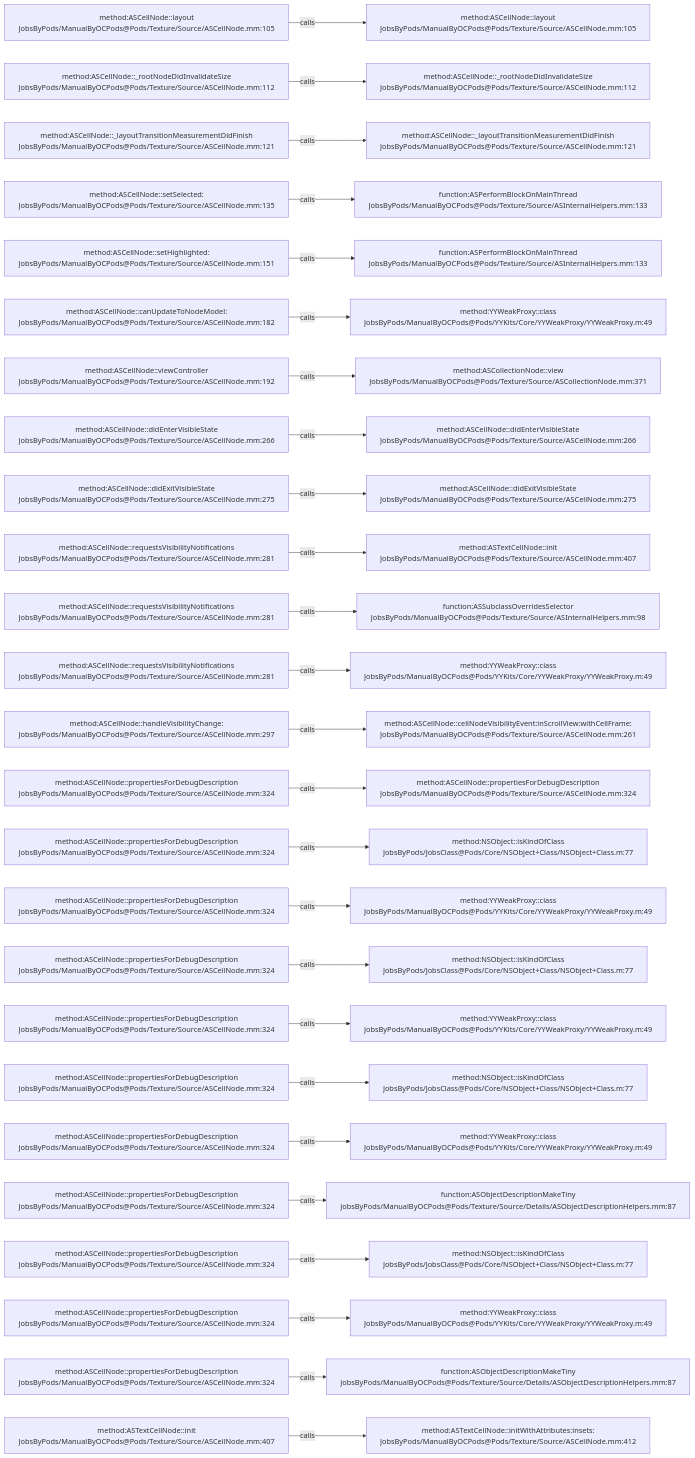
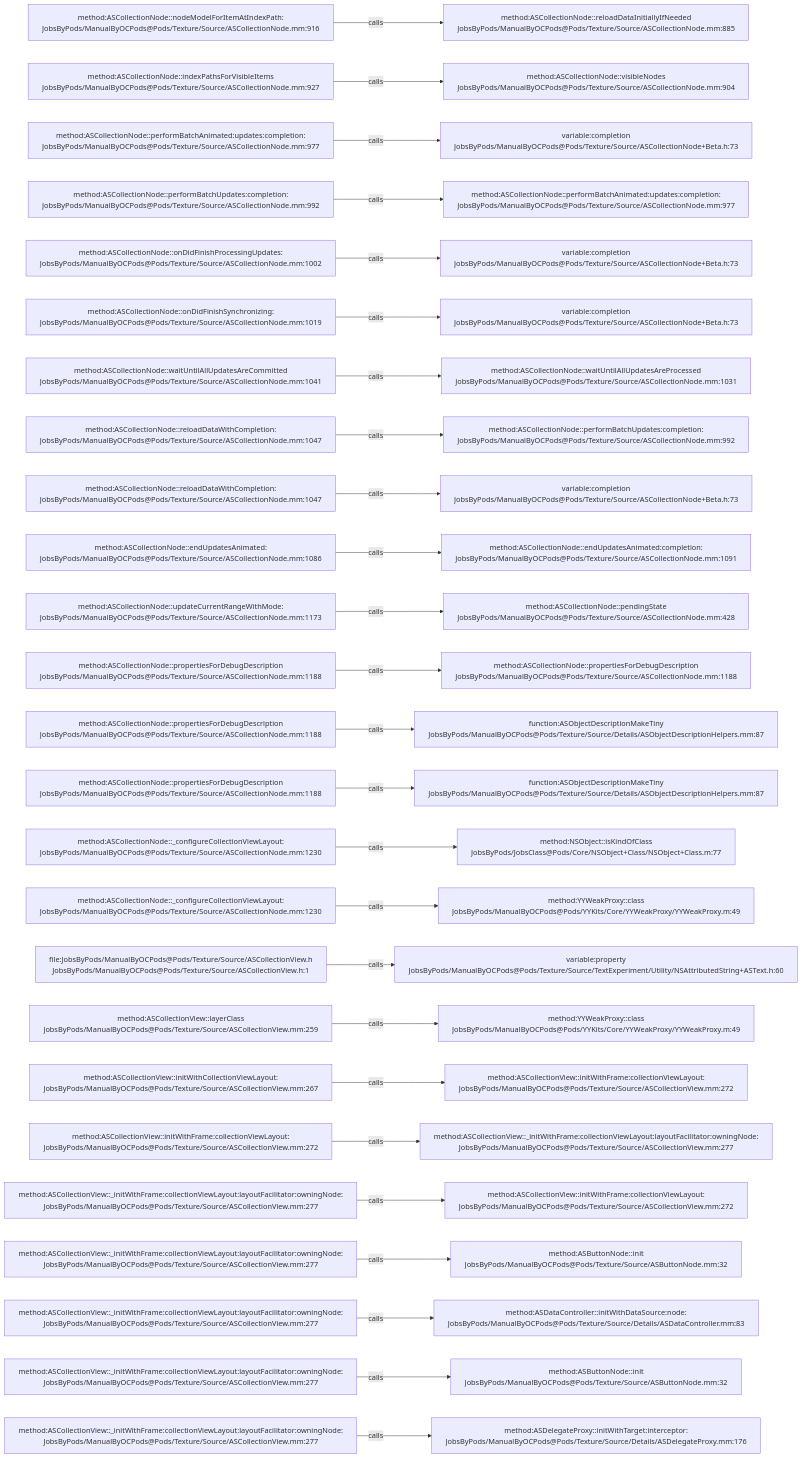
The diagram in .codegraph/codegraph.md/graphs/calls-071.md (JobsKits/JobsOCBaseConfigDemo), drawn with Mermaid before and after one commit. The commit also changed 1448 other files, not shown here.

````diff
--- a/.codegraph/codegraph.md/graphs/calls-071.md
+++ b/.codegraph/codegraph.md/graphs/calls-071.md
@@ -13,78 +13,78 @@
 ```mermaid
 flowchart LR
-  S1["method:ASCellNode::layout<br/>JobsByPods/ManualByOCPods@Pods/Texture/Source/ASCellNode.mm:105"]
-  T1["method:ASCellNode::layout<br/>JobsByPods/ManualByOCPods@Pods/Texture/Source/ASCellNode.mm:105"]
+  S1["method:ASCollectionNode::nodeModelForItemAtIndexPath:<br/>JobsByPods/ManualByOCPods@Pods/Texture/Source/ASCollectionNode.mm:916"]
+  T1["method:ASCollectionNode::reloadDataInitiallyIfNeeded<br/>JobsByPods/ManualByOCPods@Pods/Texture/Source/ASCollectionNode.mm:885"]
   S1 -->|calls| T1
-  S2["method:ASCellNode::_rootNodeDidInvalidateSize<br/>JobsByPods/ManualByOCPods@Pods/Texture/Source/ASCellNode.mm:112"]
-  T2["method:ASCellNode::_rootNodeDidInvalidateSize<br/>JobsByPods/ManualByOCPods@Pods/Texture/Source/ASCellNode.mm:112"]
+  S2["method:ASCollectionNode::indexPathsForVisibleItems<br/>JobsByPods/ManualByOCPods@Pods/Texture/Source/ASCollectionNode.mm:927"]
+  T2["method:ASCollectionNode::visibleNodes<br/>JobsByPods/ManualByOCPods@Pods/Texture/Source/ASCollectionNode.mm:904"]
   S2 -->|calls| T2
-  S3["method:ASCellNode::_layoutTransitionMeasurementDidFinish<br/>JobsByPods/ManualByOCPods@Pods/Texture/Source/ASCellNode.mm:121"]
-  T3["method:ASCellNode::_layoutTransitionMeasurementDidFinish<br/>JobsByPods/ManualByOCPods@Pods/Texture/Source/ASCellNode.mm:121"]
+  S3["method:ASCollectionNode::performBatchAnimated:updates:completion:<br/>JobsByPods/ManualByOCPods@Pods/Texture/Source/ASCollectionNode.mm:977"]
+  T3["variable:completion<br/>JobsByPods/ManualByOCPods@Pods/Texture/Source/ASCollectionNode+Beta.h:73"]
   S3 -->|calls| T3
-  S4["method:ASCellNode::setSelected:<br/>JobsByPods/ManualByOCPods@Pods/Texture/Source/ASCellNode.mm:135"]
-  T4["function:ASPerformBlockOnMainThread<br/>JobsByPods/ManualByOCPods@Pods/Texture/Source/ASInternalHelpers.mm:133"]
+  S4["method:ASCollectionNode::performBatchUpdates:completion:<br/>JobsByPods/ManualByOCPods@Pods/Texture/Source/ASCollectionNode.mm:992"]
+  T4["method:ASCollectionNode::performBatchAnimated:updates:completion:<br/>JobsByPods/ManualByOCPods@Pods/Texture/Source/ASCollectionNode.mm:977"]
   S4 -->|calls| T4
-  S5["method:ASCellNode::setHighlighted:<br/>JobsByPods/ManualByOCPods@Pods/Texture/Source/ASCellNode.mm:151"]
-  T5["function:ASPerformBlockOnMainThread<br/>JobsByPods/ManualByOCPods@Pods/Texture/Source/ASInternalHelpers.mm:133"]
+  S5["method:ASCollectionNode::onDidFinishProcessingUpdates:<br/>JobsByPods/ManualByOCPods@Pods/Texture/Source/ASCollectionNode.mm:1002"]
+  T5["variable:completion<br/>JobsByPods/ManualByOCPods@Pods/Texture/Source/ASCollectionNode+Beta.h:73"]
   S5 -->|calls| T5
-  S6["method:ASCellNode::canUpdateToNodeModel:<br/>JobsByPods/ManualByOCPods@Pods/Texture/Source/ASCellNode.mm:182"]
-  T6["method:YYWeakProxy::class<br/>JobsByPods/ManualByOCPods@Pods/YYKits/Core/YYWeakProxy/YYWeakProxy.m:49"]
+  S6["method:ASCollectionNode::onDidFinishSynchronizing:<br/>JobsByPods/ManualByOCPods@Pods/Texture/Source/ASCollectionNode.mm:1019"]
+  T6["variable:completion<br/>JobsByPods/ManualByOCPods@Pods/Texture/Source/ASCollectionNode+Beta.h:73"]
   S6 -->|calls| T6
-  S7["method:ASCellNode::viewController<br/>JobsByPods/ManualByOCPods@Pods/Texture/Source/ASCellNode.mm:192"]
-  T7["method:ASCollectionNode::view<br/>JobsByPods/ManualByOCPods@Pods/Texture/Source/ASCollectionNode.mm:371"]
+  S7["method:ASCollectionNode::waitUntilAllUpdatesAreCommitted<br/>JobsByPods/ManualByOCPods@Pods/Texture/Source/ASCollectionNode.mm:1041"]
+  T7["method:ASCollectionNode::waitUntilAllUpdatesAreProcessed<br/>JobsByPods/ManualByOCPods@Pods/Texture/Source/ASCollectionNode.mm:1031"]
   S7 -->|calls| T7
-  S8["method:ASCellNode::didEnterVisibleState<br/>JobsByPods/ManualByOCPods@Pods/Texture/Source/ASCellNode.mm:266"]
-  T8["method:ASCellNode::didEnterVisibleState<br/>JobsByPods/ManualByOCPods@Pods/Texture/Source/ASCellNode.mm:266"]
+  S8["method:ASCollectionNode::reloadDataWithCompletion:<br/>JobsByPods/ManualByOCPods@Pods/Texture/Source/ASCollectionNode.mm:1047"]
+  T8["method:ASCollectionNode::performBatchUpdates:completion:<br/>JobsByPods/ManualByOCPods@Pods/Texture/Source/ASCollectionNode.mm:992"]
   S8 -->|calls| T8
-  S9["method:ASCellNode::didExitVisibleState<br/>JobsByPods/ManualByOCPods@Pods/Texture/Source/ASCellNode.mm:275"]
-  T9["method:ASCellNode::didExitVisibleState<br/>JobsByPods/ManualByOCPods@Pods/Texture/Source/ASCellNode.mm:275"]
+  S9["method:ASCollectionNode::reloadDataWithCompletion:<br/>JobsByPods/ManualByOCPods@Pods/Texture/Source/ASCollectionNode.mm:1047"]
+  T9["variable:completion<br/>JobsByPods/ManualByOCPods@Pods/Texture/Source/ASCollectionNode+Beta.h:73"]
   S9 -->|calls| T9
-  S10["method:ASCellNode::requestsVisibilityNotifications<br/>JobsByPods/ManualByOCPods@Pods/Texture/Source/ASCellNode.mm:281"]
-  T10["method:ASTextCellNode::init<br/>JobsByPods/ManualByOCPods@Pods/Texture/Source/ASCellNode.mm:407"]
+  S10["method:ASCollectionNode::endUpdatesAnimated:<br/>JobsByPods/ManualByOCPods@Pods/Texture/Source/ASCollectionNode.mm:1086"]
+  T10["method:ASCollectionNode::endUpdatesAnimated:completion:<br/>JobsByPods/ManualByOCPods@Pods/Texture/Source/ASCollectionNode.mm:1091"]
   S10 -->|calls| T10
-  S11["method:ASCellNode::requestsVisibilityNotifications<br/>JobsByPods/ManualByOCPods@Pods/Texture/Source/ASCellNode.mm:281"]
-  T11["function:ASSubclassOverridesSelector<br/>JobsByPods/ManualByOCPods@Pods/Texture/Source/ASInternalHelpers.mm:98"]
+  S11["method:ASCollectionNode::updateCurrentRangeWithMode:<br/>JobsByPods/ManualByOCPods@Pods/Texture/Source/ASCollectionNode.mm:1173"]
+  T11["method:ASCollectionNode::pendingState<br/>JobsByPods/ManualByOCPods@Pods/Texture/Source/ASCollectionNode.mm:428"]
   S11 -->|calls| T11
-  S12["method:ASCellNode::requestsVisibilityNotifications<br/>JobsByPods/ManualByOCPods@Pods/Texture/Source/ASCellNode.mm:281"]
-  T12["method:YYWeakProxy::class<br/>JobsByPods/ManualByOCPods@Pods/YYKits/Core/YYWeakProxy/YYWeakProxy.m:49"]
+  S12["method:ASCollectionNode::propertiesForDebugDescription<br/>JobsByPods/ManualByOCPods@Pods/Texture/Source/ASCollectionNode.mm:1188"]
+  T12["method:ASCollectionNode::propertiesForDebugDescription<br/>JobsByPods/ManualByOCPods@Pods/Texture/Source/ASCollectionNode.mm:1188"]
   S12 -->|calls| T12
-  S13["method:ASCellNode::handleVisibilityChange:<br/>JobsByPods/ManualByOCPods@Pods/Texture/Source/ASCellNode.mm:297"]
-  T13["method:ASCellNode::cellNodeVisibilityEvent:inScrollView:withCellFrame:<br/>JobsByPods/ManualByOCPods@Pods/Texture/Source/ASCellNode.mm:261"]
+  S13["method:ASCollectionNode::propertiesForDebugDescription<br/>JobsByPods/ManualByOCPods@Pods/Texture/Source/ASCollectionNode.mm:1188"]
+  T13["function:ASObjectDescriptionMakeTiny<br/>JobsByPods/ManualByOCPods@Pods/Texture/Source/Details/ASObjectDescriptionHelpers.mm:87"]
   S13 -->|calls| T13
-  S14["method:ASCellNode::propertiesForDebugDescription<br/>JobsByPods/ManualByOCPods@Pods/Texture/Source/ASCellNode.mm:324"]
-  T14["method:ASCellNode::propertiesForDebugDescription<br/>JobsByPods/ManualByOCPods@Pods/Texture/Source/ASCellNode.mm:324"]
+  S14["method:ASCollectionNode::propertiesForDebugDescription<br/>JobsByPods/ManualByOCPods@Pods/Texture/Source/ASCollectionNode.mm:1188"]
+  T14["function:ASObjectDescriptionMakeTiny<br/>JobsByPods/ManualByOCPods@Pods/Texture/Source/Details/ASObjectDescriptionHelpers.mm:87"]
   S14 -->|calls| T14
-  S15["method:ASCellNode::propertiesForDebugDescription<br/>JobsByPods/ManualByOCPods@Pods/Texture/Source/ASCellNode.mm:324"]
+  S15["method:ASCollectionNode::_configureCollectionViewLayout:<br/>JobsByPods/ManualByOCPods@Pods/Texture/Source/ASCollectionNode.mm:1230"]
   T15["method:NSObject::isKindOfClass<br/>JobsByPods/JobsClass@Pods/Core/NSObject+Class/NSObject+Class.m:77"]
   S15 -->|calls| T15
-  S16["method:ASCellNode::propertiesForDebugDescription<br/>JobsByPods/ManualByOCPods@Pods/Texture/Source/ASCellNode.mm:324"]
+  S16["method:ASCollectionNode::_configureCollectionViewLayout:<br/>JobsByPods/ManualByOCPods@Pods/Texture/Source/ASCollectionNode.mm:1230"]
   T16["method:YYWeakProxy::class<br/>JobsByPods/ManualByOCPods@Pods/YYKits/Core/YYWeakProxy/YYWeakProxy.m:49"]
   S16 -->|calls| T16
-  S17["method:ASCellNode::propertiesForDebugDescription<br/>JobsByPods/ManualByOCPods@Pods/Texture/Source/ASCellNode.mm:324"]
-  T17["method:NSObject::isKindOfClass<br/>JobsByPods/JobsClass@Pods/Core/NSObject+Class/NSObject+Class.m:77"]
+  S17["file:JobsByPods/ManualByOCPods@Pods/Texture/Source/ASCollectionView.h<br/>JobsByPods/ManualByOCPods@Pods/Texture/Source/ASCollectionView.h:1"]
+  T17["variable:property<br/>JobsByPods/ManualByOCPods@Pods/Texture/Source/TextExperiment/Utility/NSAttributedString+ASText.h:60"]
   S17 -->|calls| T17
-  S18["method:ASCellNode::propertiesForDebugDescription<br/>JobsByPods/ManualByOCPods@Pods/Texture/Source/ASCellNode.mm:324"]
+  S18["method:ASCollectionView::layerClass<br/>JobsByPods/ManualByOCPods@Pods/Texture/Source/ASCollectionView.mm:259"]
   T18["method:YYWeakProxy::class<br/>JobsByPods/ManualByOCPods@Pods/YYKits/Core/YYWeakProxy/YYWeakProxy.m:49"]
   S18 -->|calls| T18
-  S19["method:ASCellNode::propertiesForDebugDescription<br/>JobsByPods/ManualByOCPods@Pods/Texture/Source/ASCellNode.mm:324"]
-  T19["method:NSObject::isKindOfClass<br/>JobsByPods/JobsClass@Pods/Core/NSObject+Class/NSObject+Class.m:77"]
+  S19["method:ASCollectionView::initWithCollectionViewLayout:<br/>JobsByPods/ManualByOCPods@Pods/Texture/Source/ASCollectionView.mm:267"]
+  T19["method:ASCollectionView::initWithFrame:collectionViewLayout:<br/>JobsByPods/ManualByOCPods@Pods/Texture/Source/ASCollectionView.mm:272"]
   S19 -->|calls| T19
-  S20["method:ASCellNode::propertiesForDebugDescription<br/>JobsByPods/ManualByOCPods@Pods/Texture/Source/ASCellNode.mm:324"]
-  T20["method:YYWeakProxy::class<br/>JobsByPods/ManualByOCPods@Pods/YYKits/Core/YYWeakProxy/YYWeakProxy.m:49"]
+  S20["method:ASCollectionView::initWithFrame:collectionViewLayout:<br/>JobsByPods/ManualByOCPods@Pods/Texture/Source/ASCollectionView.mm:272"]
+  T20["method:ASCollectionView::_initWithFrame:collectionViewLayout:layoutFacilitator:owningNode:<br/>JobsByPods/ManualByOCPods@Pods/Texture/Source/ASCollectionView.mm:277"]
   S20 -->|calls| T20
-  S21["method:ASCellNode::propertiesForDebugDescription<br/>JobsByPods/ManualByOCPods@Pods/Texture/Source/ASCellNode.mm:324"]
-  T21["function:ASObjectDescriptionMakeTiny<br/>JobsByPods/ManualByOCPods@Pods/Texture/Source/Details/ASObjectDescriptionHelpers.mm:87"]
+  S21["method:ASCollectionView::_initWithFrame:collectionViewLayout:layoutFacilitator:owningNode:<br/>JobsByPods/ManualByOCPods@Pods/Texture/Source/ASCollectionView.mm:277"]
+  T21["method:ASCollectionView::initWithFrame:collectionViewLayout:<br/>JobsByPods/ManualByOCPods@Pods/Texture/Source/ASCollectionView.mm:272"]
   S21 -->|calls| T21
-  S22["method:ASCellNode::propertiesForDebugDescription<br/>JobsByPods/ManualByOCPods@Pods/Texture/Source/ASCellNode.mm:324"]
-  T22["method:NSObject::isKindOfClass<br/>JobsByPods/JobsClass@Pods/Core/NSObject+Class/NSObject+Class.m:77"]
+  S22["method:ASCollectionView::_initWithFrame:collectionViewLayout:layoutFacilitator:owningNode:<br/>JobsByPods/ManualByOCPods@Pods/Texture/Source/ASCollectionView.mm:277"]
+  T22["method:ASButtonNode::init<br/>JobsByPods/ManualByOCPods@Pods/Texture/Source/ASButtonNode.mm:32"]
   S22 -->|calls| T22
-  S23["method:ASCellNode::propertiesForDebugDescription<br/>JobsByPods/ManualByOCPods@Pods/Texture/Source/ASCellNode.mm:324"]
-  T23["method:YYWeakProxy::class<br/>JobsByPods/ManualByOCPods@Pods/YYKits/Core/YYWeakProxy/YYWeakProxy.m:49"]
+  S23["method:ASCollectionView::_initWithFrame:collectionViewLayout:layoutFacilitator:owningNode:<br/>JobsByPods/ManualByOCPods@Pods/Texture/Source/ASCollectionView.mm:277"]
+  T23["method:ASDataController::initWithDataSource:node:<br/>JobsByPods/ManualByOCPods@Pods/Texture/Source/Details/ASDataController.mm:83"]
   S23 -->|calls| T23
-  S24["method:ASCellNode::propertiesForDebugDescription<br/>JobsByPods/ManualByOCPods@Pods/Texture/Source/ASCellNode.mm:324"]
-  T24["function:ASObjectDescriptionMakeTiny<br/>JobsByPods/ManualByOCPods@Pods/Texture/Source/Details/ASObjectDescriptionHelpers.mm:87"]
+  S24["method:ASCollectionView::_initWithFrame:collectionViewLayout:layoutFacilitator:owningNode:<br/>JobsByPods/ManualByOCPods@Pods/Texture/Source/ASCollectionView.mm:277"]
+  T24["method:ASButtonNode::init<br/>JobsByPods/ManualByOCPods@Pods/Texture/Source/ASButtonNode.mm:32"]
   S24 -->|calls| T24
-  S25["method:ASTextCellNode::init<br/>JobsByPods/ManualByOCPods@Pods/Texture/Source/ASCellNode.mm:407"]
-  T25["method:ASTextCellNode::initWithAttributes:insets:<br/>JobsByPods/ManualByOCPods@Pods/Texture/Source/ASCellNode.mm:412"]
+  S25["method:ASCollectionView::_initWithFrame:collectionViewLayout:layoutFacilitator:owningNode:<br/>JobsByPods/ManualByOCPods@Pods/Texture/Source/ASCollectionView.mm:277"]
+  T25["method:ASDelegateProxy::initWithTarget:interceptor:<br/>JobsByPods/ManualByOCPods@Pods/Texture/Source/Details/ASDelegateProxy.mm:176"]
   S25 -->|calls| T25
 ```
````
